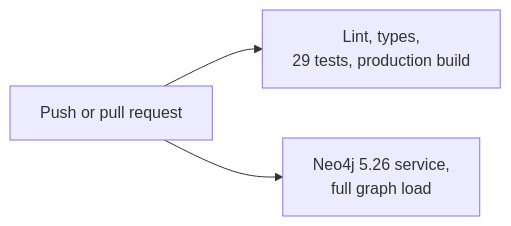
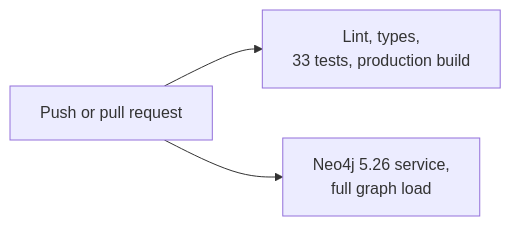
Before and after one commit to garyhost2/mirette: diagram 11 of 11 in README.md, drawn with Mermaid. The commit also changed other lines of this file and 31 other files, not shown here.

````diff
--- a/README.md
+++ b/README.md
@@ -512,5 +548,5 @@
 ```mermaid
 flowchart LR
-  Push["Push or pull request"] --> Verify["Lint, types,<br/>29 tests, production build"]
+  Push["Push or pull request"] --> Verify["Lint, types,<br/>33 tests, production build"]
   Push --> Graph["Neo4j 5.26 service,<br/>full graph load"]
 ```
````
